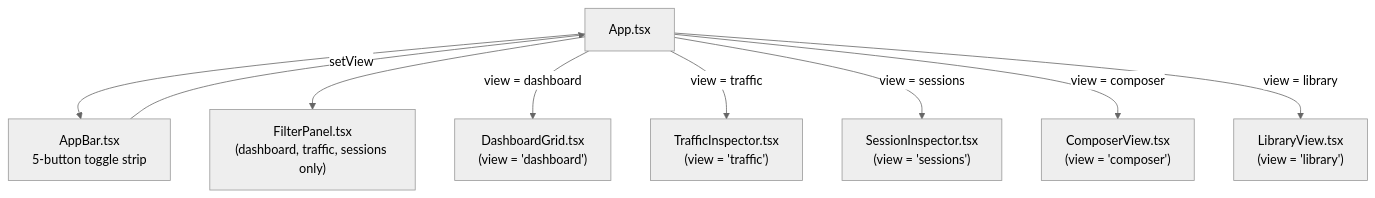
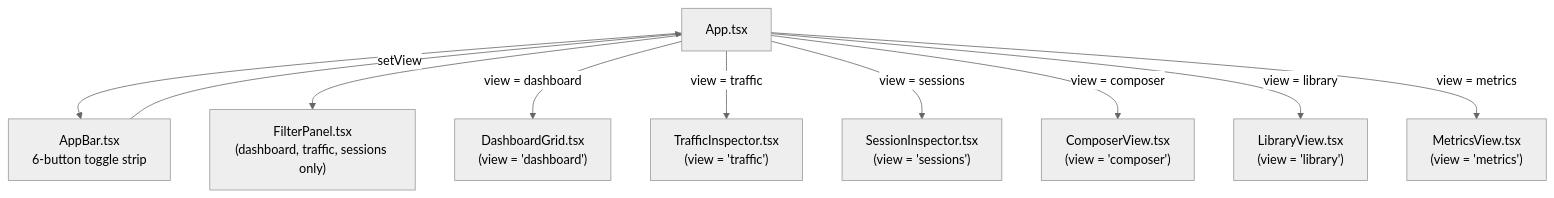
Before and after one commit to sean8601/mockserver-monorepo: the fourth of 7 diagrams in docs/code/dashboard-ui.md, drawn with Mermaid (neutral theme). The commit also changed other lines of this file and 12 other files, not shown here.

````diff
--- a/docs/code/dashboard-ui.md
+++ b/docs/code/dashboard-ui.md
@@ -99,27 +99,30 @@
 ```mermaid
 graph TB
     APP["App.tsx"]
     AB["AppBar.tsx
-5-button toggle strip"]
+6-button toggle strip"]
     FP["FilterPanel.tsx
 (dashboard, traffic, sessions only)"]
     DG["DashboardGrid.tsx
 (view = 'dashboard')"]
     TI["TrafficInspector.tsx
 (view = 'traffic')"]
     SI["SessionInspector.tsx
 (view = 'sessions')"]
     CV["ComposerView.tsx
 (view = 'composer')"]
     LV["LibraryView.tsx
 (view = 'library')"]
+    MV["MetricsView.tsx
+(view = 'metrics')"]
 
     APP --> AB
     APP --> FP
     AB -->|setView| APP
     APP -->|view = dashboard| DG
     APP -->|view = traffic| TI
     APP -->|view = sessions| SI
     APP -->|view = composer| CV
     APP -->|view = library| LV
+    APP -->|view = metrics| MV
 ```
````
